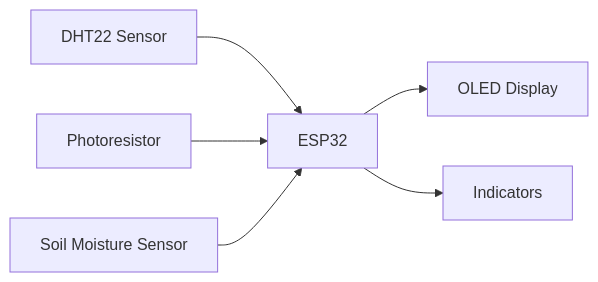
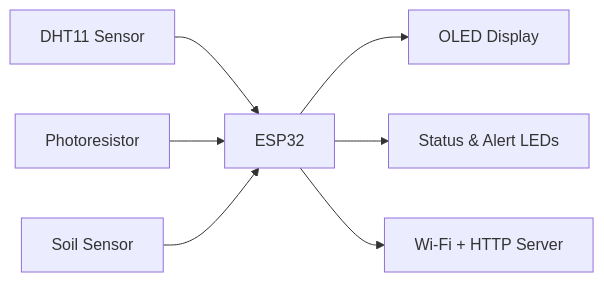
The diagram in README.md (Parthiv191/Plant_Monitor), drawn with Mermaid before and after one commit. The commit also changed other lines of this file, not shown here.

````diff
--- a/README.md
+++ b/README.md
@@ -36,8 +53,9 @@
-```mermaid
+``` mermaid
 flowchart LR
-  DHT[DHT22 Sensor] --> MCU[ESP32]
+  DHT[DHT11 Sensor] --> MCU[ESP32]
   PHOTO[Photoresistor] --> MCU
-  SOIL[Soil Moisture Sensor] --> MCU
+  SOIL[Soil Sensor] --> MCU
   MCU --> OLED[OLED Display]
-  MCU --> Led[Indicators]
+  MCU --> LEDS[Status & Alert LEDs]
+  MCU --> WIFI[Wi-Fi + HTTP Server]
 ```
````
